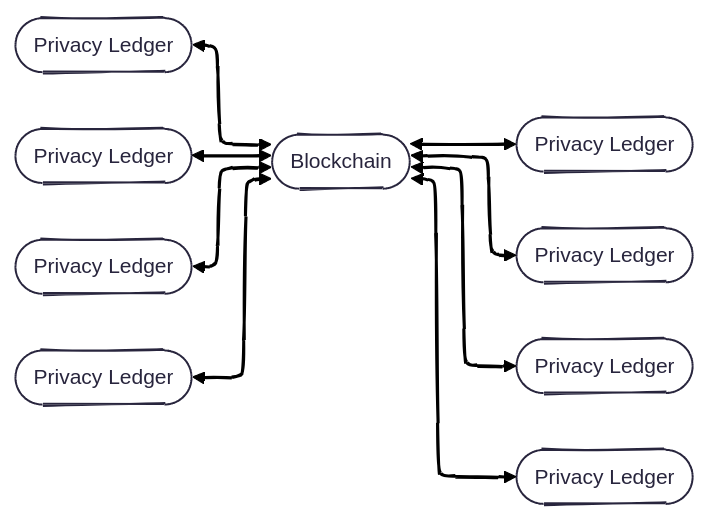
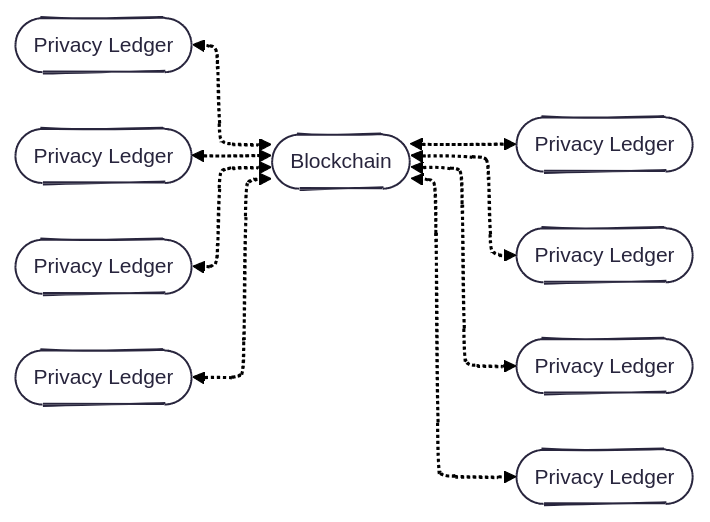
The first of 2 diagrams in enygma_payments/README.md (raylsnetwork/Enygma), drawn with Mermaid before and after one commit.

Commit message:
Fix diagram representation in README.md

````diff
--- a/enygma_payments/README.md
+++ b/enygma_payments/README.md
@@ -5,21 +5,21 @@
 ```mermaid
 ---
 config:
   theme: redux
   layout: elk
   look: handDrawn
 ---
 flowchart LR
     PLA(["Privacy Ledger"])
     PLB(["Privacy Ledger"])
     PLC(["Privacy Ledger"])
     PLD(["Privacy Ledger"])
 
     B(["Blockchain"])
     PLE(["Privacy Ledger"])
     PLF(["Privacy Ledger"])
     PLG(["Privacy Ledger"])
     PLH(["Privacy Ledger"])
 
-    PLA & PLB & PLC & PLD <--> B <--> PLE & PLF & PLG & PLH
+    PLA & PLB & PLC & PLD <-.-> B <-.-> PLE & PLF & PLG & PLH
 ```
````
